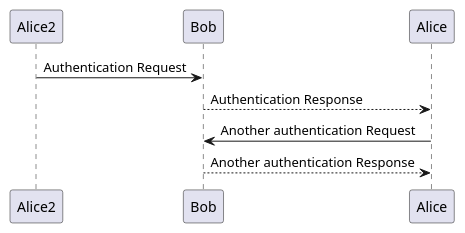
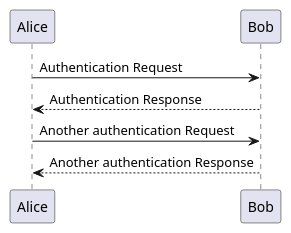
One commit to lumio/test-plant changed the diagram in README.md. Above: the diagram before and after it, drawn with PlantUML.

Commit message:
revert change

````diff
--- a/README.md
+++ b/README.md
@@ -14,9 +14,9 @@
 ```puml
 @startuml
-Alice2 -> Bob: Authentication Request
+Alice -> Bob: Authentication Request
 Bob --> Alice: Authentication Response
 
 Alice -> Bob: Another authentication Request
 Alice <-- Bob: Another authentication Response
 @enduml
 ```
````
